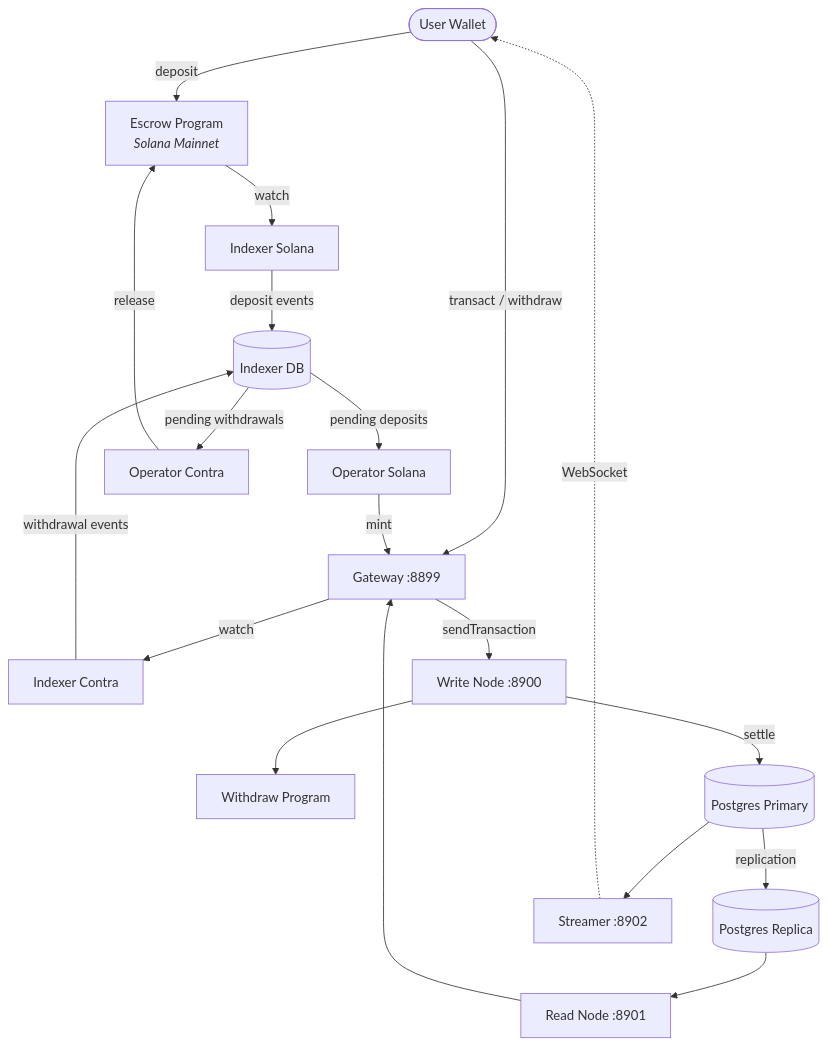
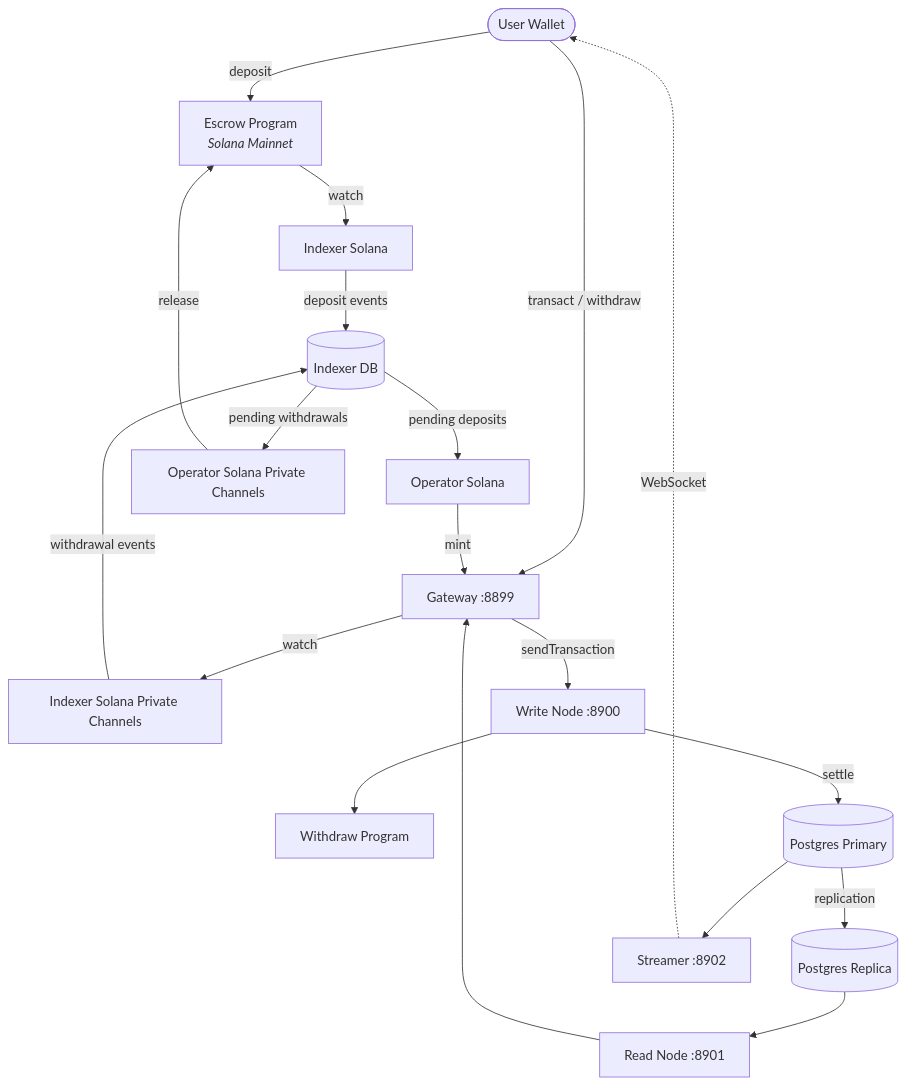
One commit to solana-foundation/contra changed the diagram in docs/ARCHITECTURE.md. Above: the diagram before and after it, drawn with Mermaid. The commit also changed other lines of this file and 624 other files, not shown here.

First line of the commit message:
rename: Contra → Solana Private Channels (#112)

````diff
--- a/docs/ARCHITECTURE.md
+++ b/docs/ARCHITECTURE.md
@@ -113,39 +113,39 @@
 ```mermaid
 flowchart TB
     Wallet([User Wallet])
     Escrow[Escrow Program<br/><i>Solana Mainnet</i>]
     IS[Indexer Solana]
-    IC[Indexer Contra]
+    IC[Indexer Solana Private Channels]
     PG_I[(Indexer DB)]
     OS[Operator Solana]
-    OC[Operator Contra]
+    OC[Operator Solana Private Channels]
     GW[Gateway :8899]
     WN[Write Node :8900]
     WP[Withdraw Program]
     PG_P[(Postgres Primary)]
     PG_R[(Postgres Replica)]
     RN[Read Node :8901]
     ST[Streamer :8902]
 
     Wallet -- deposit --> Escrow
     Wallet -- transact / withdraw --> GW
     ST -. WebSocket .-> Wallet
 
     Escrow -- watch --> IS
     IS -- deposit events --> PG_I
     PG_I -- pending deposits --> OS
     OS -- mint --> GW
 
     GW -- sendTransaction --> WN
     WN --> WP
     GW -- watch --> IC
     IC -- withdrawal events --> PG_I
     PG_I -- pending withdrawals --> OC
     OC -- release --> Escrow
 
     WN -- settle --> PG_P
     PG_P -- replication --> PG_R
     PG_R --> RN
     RN --> GW
     PG_P --> ST
 ```
````
